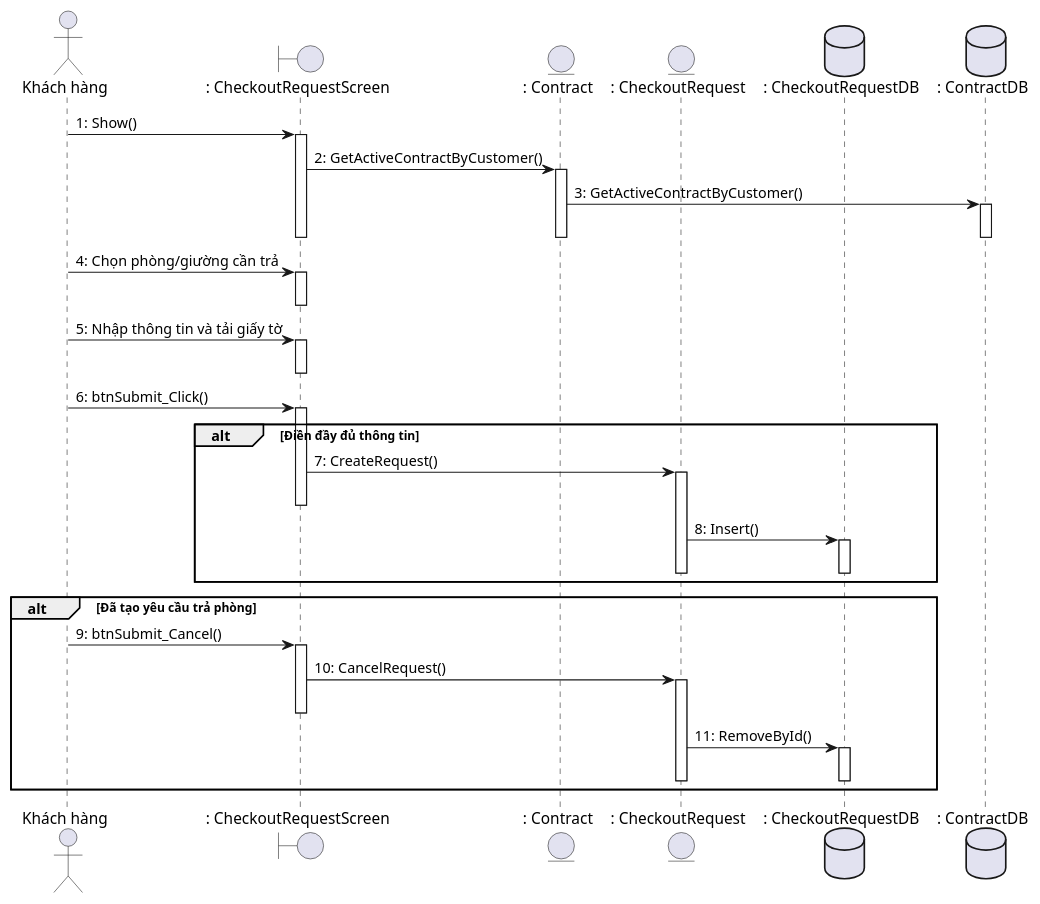
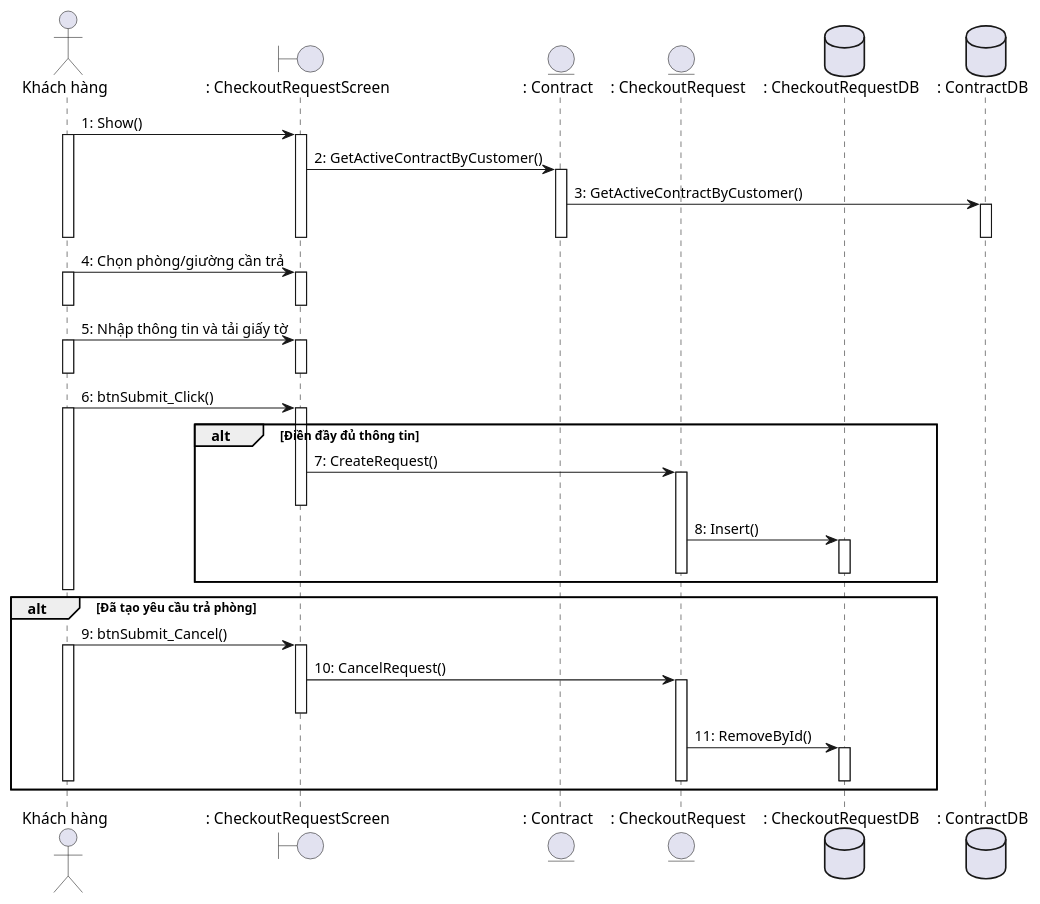
One commit to Gnourt812005/HCMUS-Analyze-and-desgin-IS changed the diagram in tra_phong/sequence/yeu_cau_tra_phong_seq.wsd. Above: the diagram before and after it, drawn with PlantUML. The commit also changed 7 other files, not shown here.

Commit message:
quangdo/tra_phong: added class and sequence diagram for thanh_ly_hop_dong

```diff
--- a/tra_phong/sequence/yeu_cau_tra_phong_seq.wsd
+++ b/tra_phong/sequence/yeu_cau_tra_phong_seq.wsd
@@ -1,51 +1,61 @@
 @startuml
 actor "Khách hàng" as KhachHang
 boundary ": CheckoutRequestScreen" as Screen
 entity ": Contract" as Contract
 entity ": CheckoutRequest" as Request
 database ": CheckoutRequestDB" as RequestDB
 database ": ContractDB" as ContractDB
 
 KhachHang -> Screen: 1: Show()
+activate KhachHang
 activate Screen
 Screen -> Contract: 2: GetActiveContractByCustomer()
 activate Contract
 Contract -> ContractDB: 3: GetActiveContractByCustomer()
 activate ContractDB
 deactivate ContractDB
 deactivate Contract
 deactivate Screen
+deactivate KhachHang
 
 KhachHang -> Screen: 4: Chọn phòng/giường cần trả
+activate KhachHang
 activate Screen
 deactivate Screen
+deactivate KhachHang
 
 KhachHang -> Screen: 5: Nhập thông tin và tải giấy tờ
+activate KhachHang
 activate Screen
 deactivate Screen
+deactivate KhachHang
 
 KhachHang -> Screen: 6: btnSubmit_Click()
 activate Screen
-
+activate KhachHang
 alt Điền đầy đủ thông tin
     Screen -> Request: 7: CreateRequest()
     activate Request
     deactivate Screen
     Request -> RequestDB: 8: Insert()
     activate RequestDB
     deactivate RequestDB
     deactivate Request
 end
+deactivate KhachHang
 
 alt  Đã tạo yêu cầu trả phòng
+activate KhachHang
     KhachHang -> Screen: 9: btnSubmit_Cancel()
+    activate KhachHang
     activate Screen
     Screen -> Request: 10: CancelRequest()
     activate Request
     deactivate Screen
     Request -> RequestDB: 11: RemoveById()
     activate RequestDB
     deactivate RequestDB
     deactivate Request
+    deactivate KhachHang
 end
 @enduml
```
